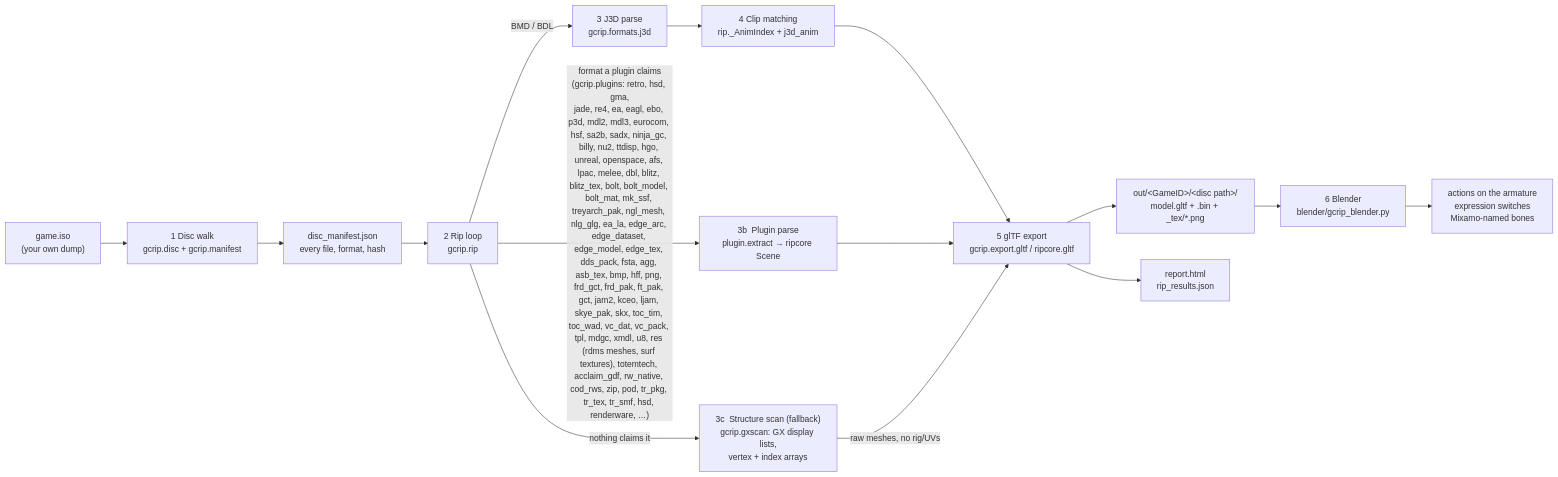
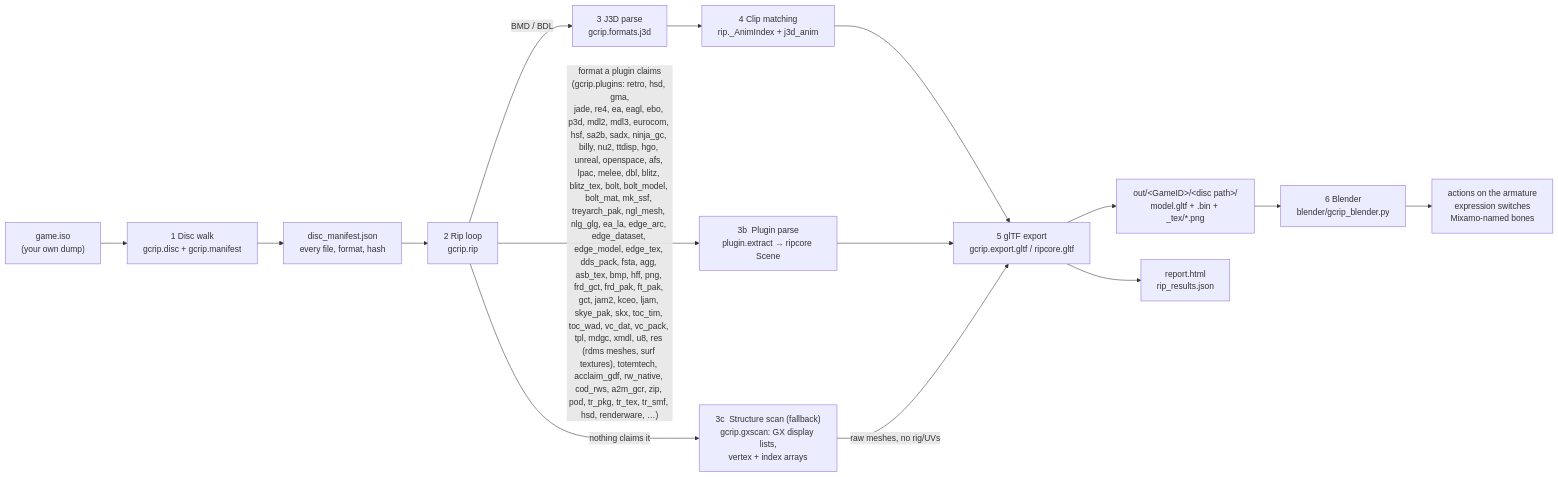
The first of 10 diagrams in docs/PIPELINE.md (Felbs/3d-ripper-9000), drawn with Mermaid before and after one commit. The commit also changed other lines of this file and 8 other files, not shown here.

First line of the commit message:
gcrip a2m_gcr: Scooby-Doo! Mystery Mayhem .gcr level archives (DTStreamFAT from engine_ret.elf+MAP) as a container for the RenderWare world and clumps; TEXDIC_*.txd RW-image dictionaries decoded and found across the level folder

````diff
--- a/docs/PIPELINE.md
+++ b/docs/PIPELINE.md
@@ -11,17 +11,17 @@
 ```mermaid
 flowchart LR
     ISO["game.iso<br/>(your own dump)"] --> WALK["1  Disc walk<br/>gcrip.disc + gcrip.manifest"]
     WALK --> MAN["disc_manifest.json<br/>every file, format, hash"]
     MAN --> RIP["2  Rip loop<br/>gcrip.rip"]
     RIP -->|"BMD / BDL"| J3D["3  J3D parse<br/>gcrip.formats.j3d"]
-    RIP -->|"format a plugin claims<br/>(gcrip.plugins: retro, hsd, gma,<br/>jade, re4, ea, eagl, ebo, p3d, mdl2, mdl3, eurocom, hsf, sa2b, sadx, ninja_gc, billy, nu2, ttdisp, hgo, unreal, openspace, afs, lpac, melee, dbl, blitz, blitz_tex, bolt, bolt_model, bolt_mat, mk_ssf, treyarch_pak, ngl_mesh, nlg_glg, ea_la, edge_arc, edge_dataset, edge_model, edge_tex, dds_pack, fsta, agg, asb_tex, bmp, hff, png, frd_gct, frd_pak, ft_pak, gct, jam2, kceo, ljam, skye_pak, skx, toc_tim, toc_wad, vc_dat, vc_pack, tpl, mdgc, xmdl, u8, res (rdms meshes, surf textures), totemtech, acclaim_gdf, rw_native, cod_rws, zip, pod, tr_pkg, tr_tex, tr_smf, hsd, renderware, …)"| PLUG["3b  Plugin parse<br/>plugin.extract → ripcore Scene"]
+    RIP -->|"format a plugin claims<br/>(gcrip.plugins: retro, hsd, gma,<br/>jade, re4, ea, eagl, ebo, p3d, mdl2, mdl3, eurocom, hsf, sa2b, sadx, ninja_gc, billy, nu2, ttdisp, hgo, unreal, openspace, afs, lpac, melee, dbl, blitz, blitz_tex, bolt, bolt_model, bolt_mat, mk_ssf, treyarch_pak, ngl_mesh, nlg_glg, ea_la, edge_arc, edge_dataset, edge_model, edge_tex, dds_pack, fsta, agg, asb_tex, bmp, hff, png, frd_gct, frd_pak, ft_pak, gct, jam2, kceo, ljam, skye_pak, skx, toc_tim, toc_wad, vc_dat, vc_pack, tpl, mdgc, xmdl, u8, res (rdms meshes, surf textures), totemtech, acclaim_gdf, rw_native, cod_rws, a2m_gcr, zip, pod, tr_pkg, tr_tex, tr_smf, hsd, renderware, …)"| PLUG["3b  Plugin parse<br/>plugin.extract → ripcore Scene"]
     RIP -->|"nothing claims it"| GX["3c  Structure scan (fallback)<br/>gcrip.gxscan: GX display lists,<br/>vertex + index arrays"]
     J3D --> ANIM["4  Clip matching<br/>rip._AnimIndex + j3d_anim"]
     ANIM --> GLTF["5  glTF export<br/>gcrip.export.gltf / ripcore.gltf"]
     PLUG --> GLTF
     GX -->|"raw meshes, no rig/UVs"| GLTF
     GLTF --> OUT["out/&lt;GameID&gt;/&lt;disc path&gt;/<br/>model.gltf + .bin + _tex/*.png"]
     GLTF --> REP["report.html<br/>rip_results.json"]
     OUT --> BL["6  Blender<br/>blender/gcrip_blender.py"]
     BL --> PLAY["actions on the armature<br/>expression switches<br/>Mixamo-named bones"]
 ```
````
